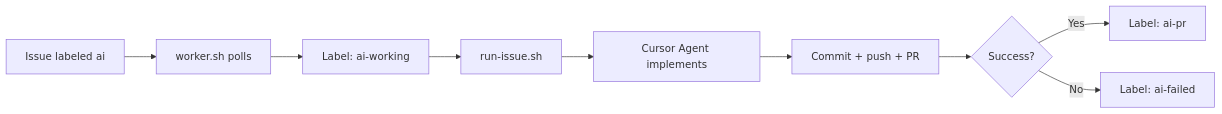
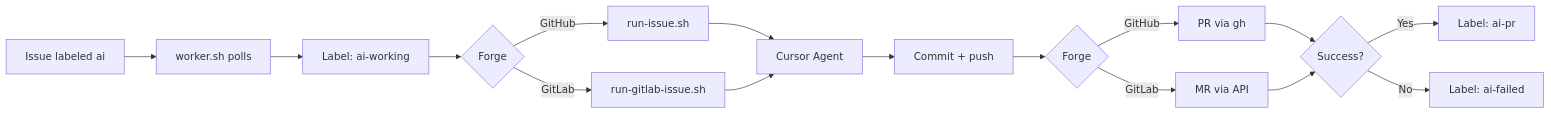
One commit to sami1367/ai-worker changed the diagram in README.md. Above: the diagram before and after it, drawn with Mermaid. The commit also changed other lines of this file and 10 other files, not shown here.

First line of the commit message:
Add GitLab project support and dual-forge worker docs.

````diff
--- a/README.md
+++ b/README.md
@@ -9,11 +235,18 @@
 ```mermaid
 flowchart LR
-    A[Issue labeled ai] --> B[worker.sh polls]
-    B --> C[Label: ai-working]
-    C --> D[run-issue.sh]
-    D --> E[Cursor Agent implements]
-    E --> F[Commit + push + PR]
-    F --> G{Success?}
-    G -->|Yes| H[Label: ai-pr]
-    G -->|No| I[Label: ai-failed]
+  A[Issue labeled ai] --> B[worker.sh polls]
+  B --> C[Label: ai-working]
+  C --> D{Forge}
+  D -->|GitHub| E[run-issue.sh]
+  D -->|GitLab| F[run-gitlab-issue.sh]
+  E --> G[Cursor Agent]
+  F --> G
+  G --> H[Commit + push]
+  H --> I{Forge}
+  I -->|GitHub| J[PR via gh]
+  I -->|GitLab| K[MR via API]
+  J --> L{Success?}
+  K --> L
+  L -->|Yes| M[Label: ai-pr]
+  L -->|No| N[Label: ai-failed]
 ```
````
